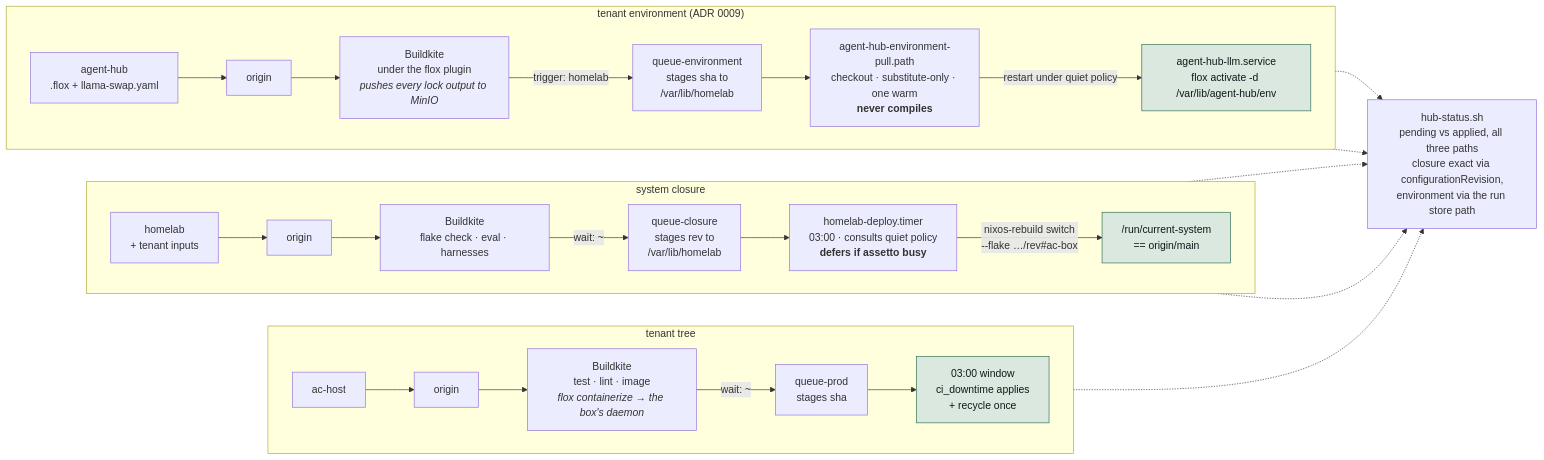
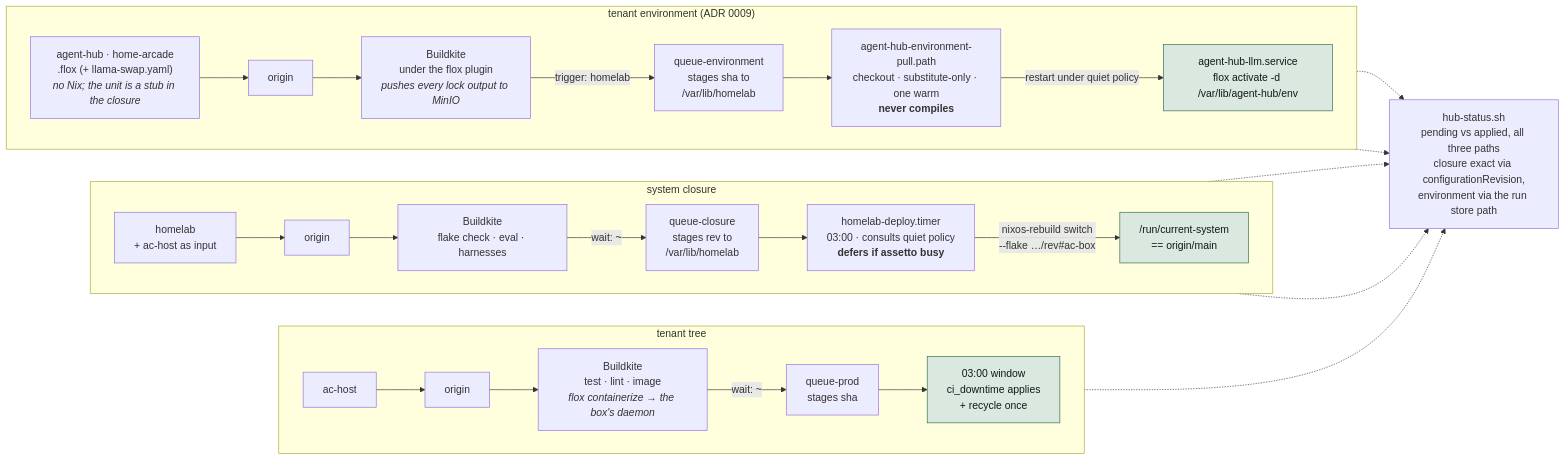
Before and after one commit to imkarrer/homelab: the fourth of 5 diagrams in docs/architecture.md, drawn with Mermaid. The commit also changed other lines of this file and 2 other files, not shown here.

First line of the commit message:
docs: L3 is environments -- ac-host the one input left; bump-lock is its alone

````diff
--- a/docs/architecture.md
+++ b/docs/architecture.md
@@ -232,35 +236,35 @@
 ```mermaid
 flowchart LR
     subgraph TENANT ["tenant tree"]
         direction LR
         A1["ac-host"] --> A2["origin"] --> A3["Buildkite<br/>test · lint · image<br/><i>flox containerize → the box's daemon</i>"]
         A3 -- "wait: ~" --> A4["queue-prod<br/>stages sha"]
         A4 --> A6["03:00 window<br/>ci_downtime applies<br/>+ recycle once"]
     end
 
     subgraph CLOSURE ["system closure"]
         direction LR
-        B1["homelab<br/>+ tenant inputs"] --> B2["origin"] --> B3["Buildkite<br/>flake check · eval · harnesses"]
+        B1["homelab<br/>+ ac-host as input"] --> B2["origin"] --> B3["Buildkite<br/>flake check · eval · harnesses"]
         B3 -- "wait: ~" --> B4["queue-closure<br/>stages rev to<br/>/var/lib/homelab"]
         B4 --> B5["homelab-deploy.timer<br/>03:00 · consults quiet policy<br/><b>defers if assetto busy</b>"]
         B5 -- "nixos-rebuild switch<br/>--flake …/rev#ac-box" --> B6["/run/current-system<br/>== origin/main"]
     end
 
     subgraph ENV ["tenant environment (ADR 0009)"]
         direction LR
-        C1["agent-hub<br/>.flox + llama-swap.yaml"] --> C2["origin"] --> C3["Buildkite<br/>under the flox plugin<br/><i>pushes every lock output to MinIO</i>"]
+        C1["agent-hub · home-arcade<br/>.flox (+ llama-swap.yaml)<br/><i>no Nix; the unit is a stub in the closure</i>"] --> C2["origin"] --> C3["Buildkite<br/>under the flox plugin<br/><i>pushes every lock output to MinIO</i>"]
         C3 -- "trigger: homelab" --> C4["queue-environment<br/>stages sha to<br/>/var/lib/homelab"]
         C4 --> C5["agent-hub-environment-pull.path<br/>checkout · substitute-only · one warm<br/><b>never compiles</b>"]
         C5 -- "restart under quiet policy" --> C6["agent-hub-llm.service<br/>flox activate -d /var/lib/agent-hub/env"]
     end
 
     STATUS["hub-status.sh<br/>pending vs applied, all three paths<br/>closure exact via configurationRevision,<br/>environment via the run store path"]
     A4 -.-> STATUS
     B4 -.-> STATUS
     B6 -.-> STATUS
     C4 -.-> STATUS
     C6 -.-> STATUS
 
     classDef ok fill:#dae8df,stroke:#2c6b4b,color:#101819;
     class A6,B6,C6 ok;
 ```
````
